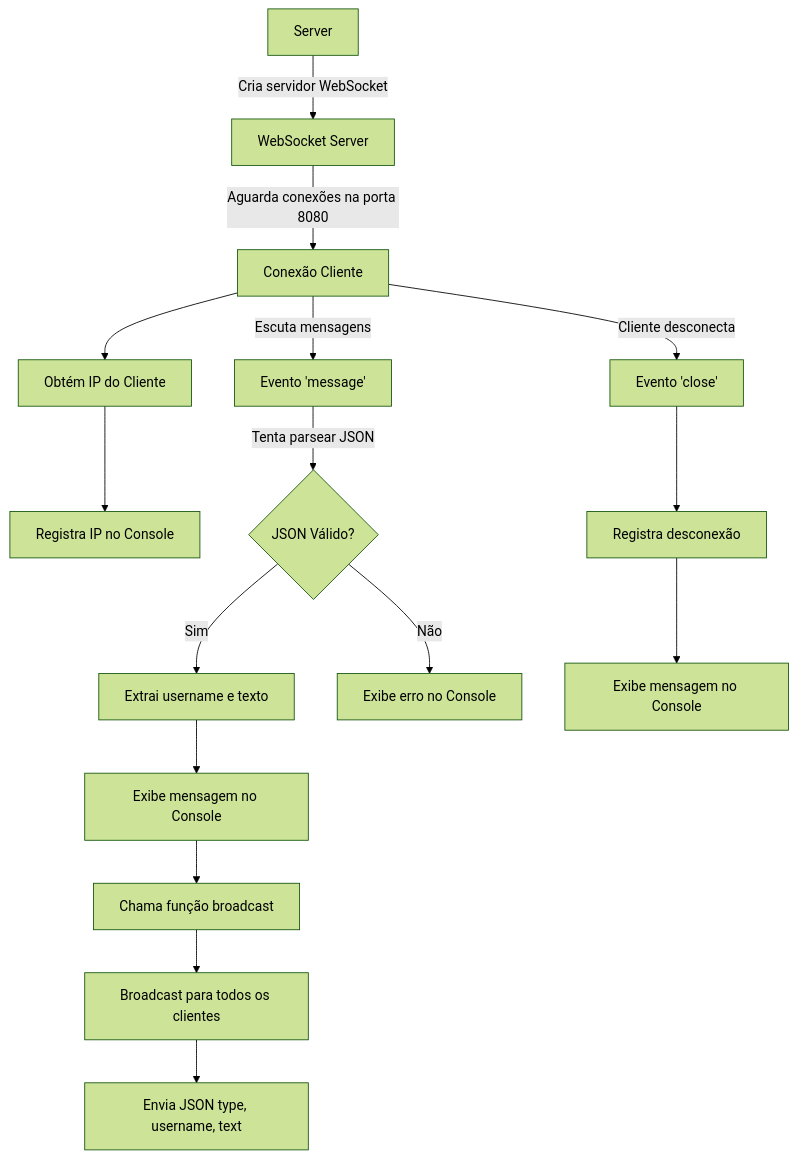
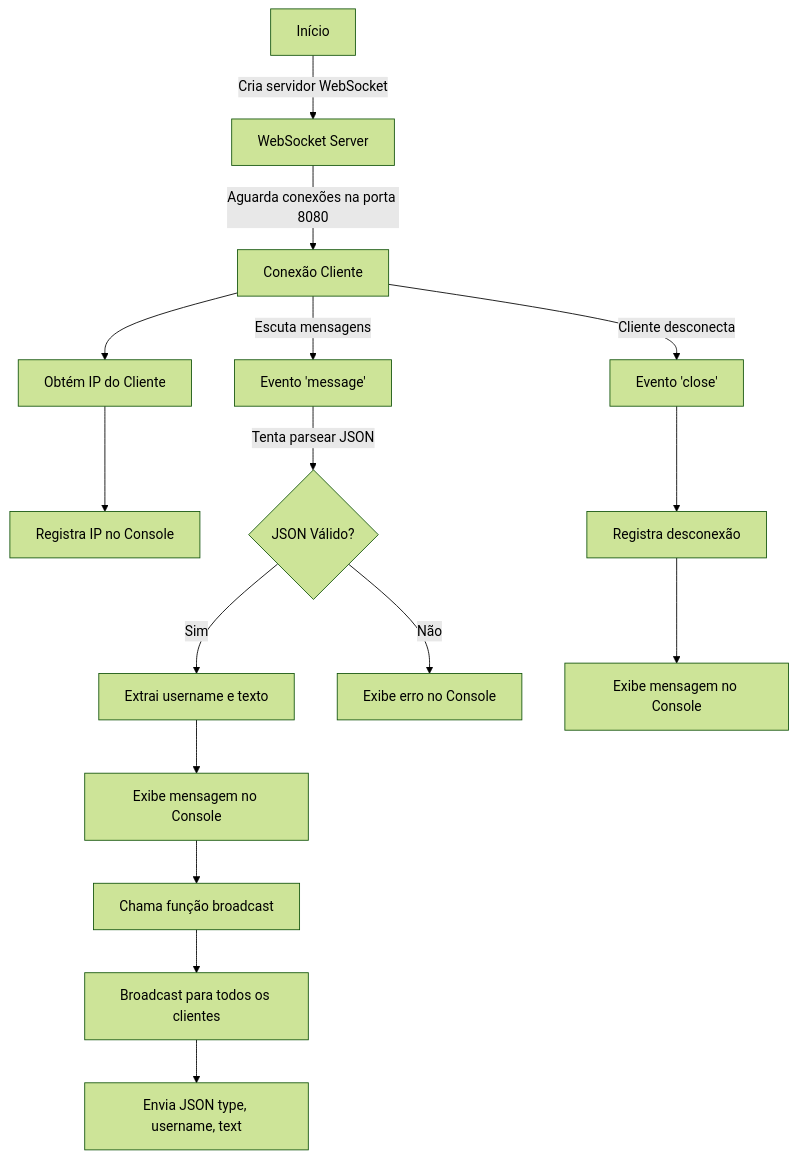
The first of 2 diagrams in README.md (firminoandre/websocket-graduacao), drawn with Mermaid (forest theme) before and after one commit. The commit also changed other lines of this file, not shown here.

````diff
--- a/README.md
+++ b/README.md
@@ -1,23 +27,23 @@
 ```mermaid
 graph TD
-    A[Server] -->|Cria servidor WebSocket| B[WebSocket Server]
+    A[Início] -->|Cria servidor WebSocket| B[WebSocket Server]
     B -->|Aguarda conexões na porta 8080| C[Conexão Cliente]
     
     C --> D[Obtém IP do Cliente]
     D --> E[Registra IP no Console]
     
     C -->|Escuta mensagens| F[Evento 'message']
     F -->|Tenta parsear JSON| G{JSON Válido?}
     
     G -- Sim --> H[Extrai username e texto]
     H --> I[Exibe mensagem no Console]
     I --> J[Chama função broadcast]
     J --> K[Broadcast para todos os clientes]
     K --> L[Envia JSON type, username, text]
     
     G -- Não --> M[Exibe erro no Console]
     
     C -->|Cliente desconecta| N[Evento 'close']
     N --> O[Registra desconexão]
     O --> P[Exibe mensagem no Console]
 ```
````
